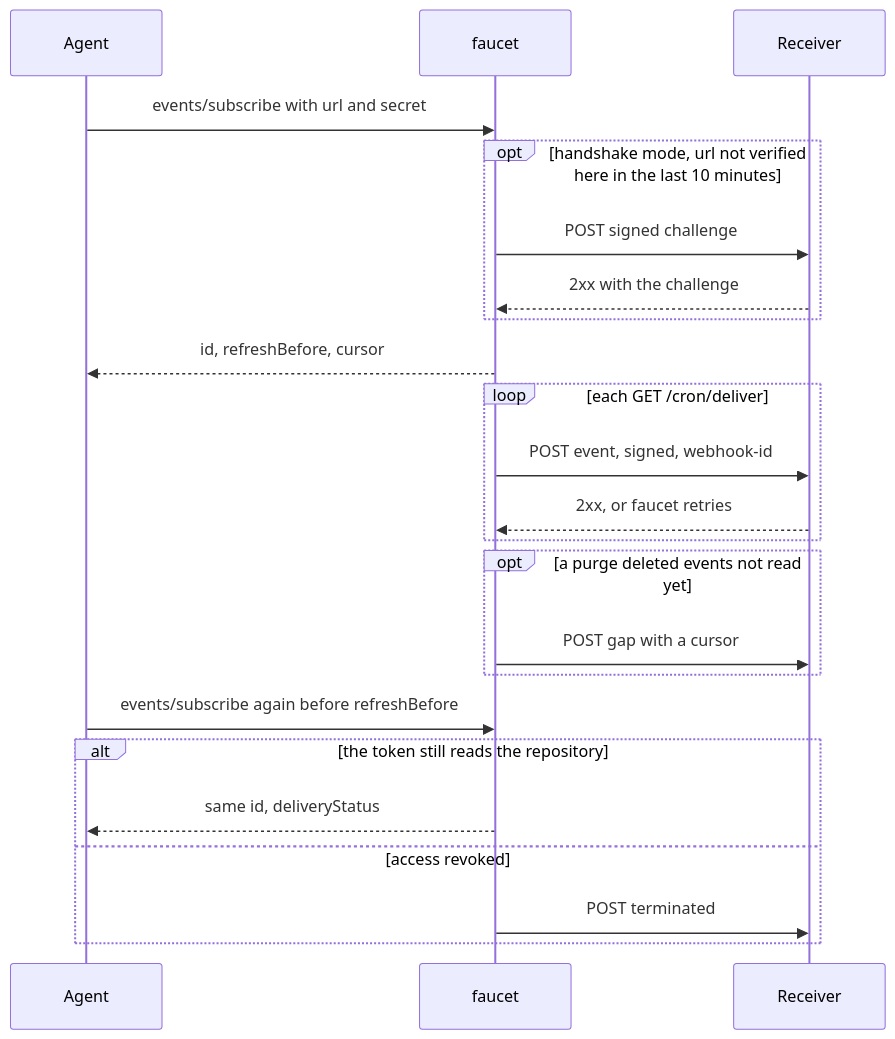
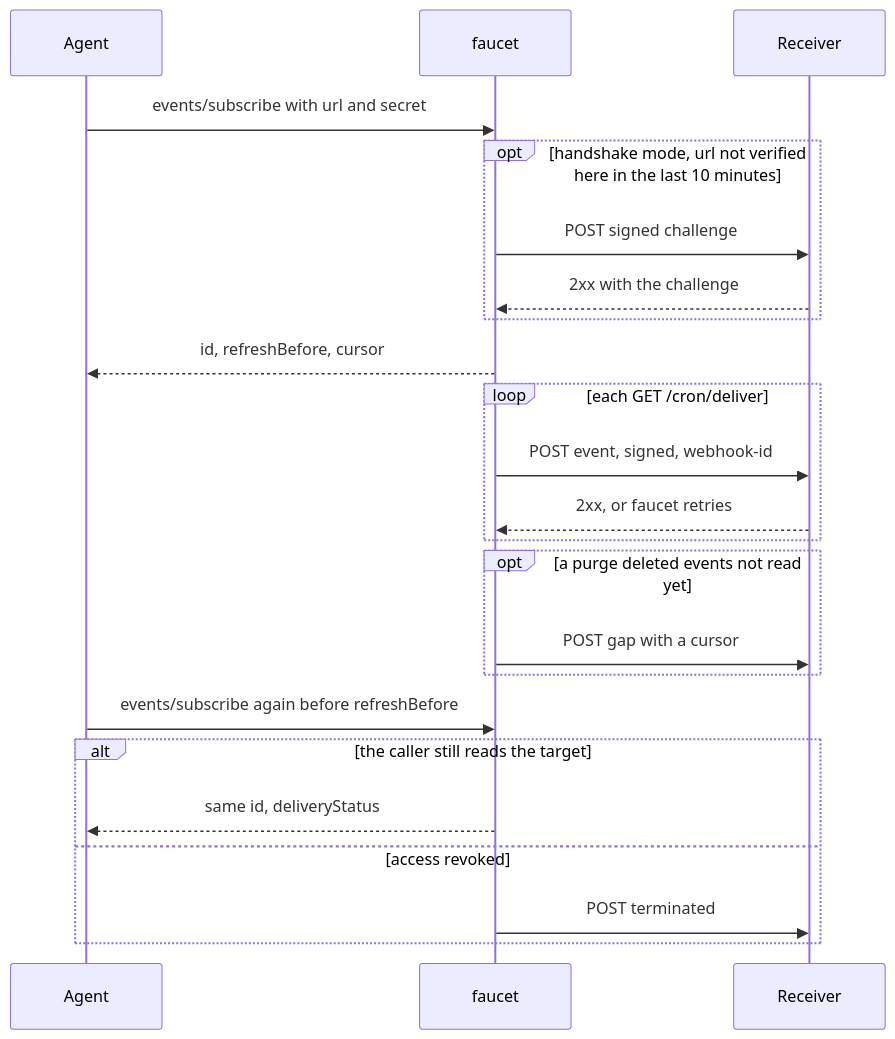
Before and after one commit to coder/faucet: the diagram in docs/webhooks.md, drawn with Mermaid. The commit also changed other lines of this file and 106 other files, not shown here.

````diff
--- a/docs/webhooks.md
+++ b/docs/webhooks.md
@@ -5,25 +5,25 @@
 ```mermaid
 sequenceDiagram
     participant A as Agent
     participant F as faucet
     participant R as Receiver
     A->>F: events/subscribe with url and secret
     opt handshake mode, url not verified here in the last 10 minutes
         F->>R: POST signed challenge
         R-->>F: 2xx with the challenge
     end
     F-->>A: id, refreshBefore, cursor
     loop each GET /cron/deliver
         F->>R: POST event, signed, webhook-id
         R-->>F: 2xx, or faucet retries
     end
     opt a purge deleted events not read yet
         F->>R: POST gap with a cursor
     end
     A->>F: events/subscribe again before refreshBefore
-    alt the token still reads the repository
+    alt the caller still reads the target
         F-->>A: same id, deliveryStatus
     else access revoked
         F->>R: POST terminated
     end
 ```
````
